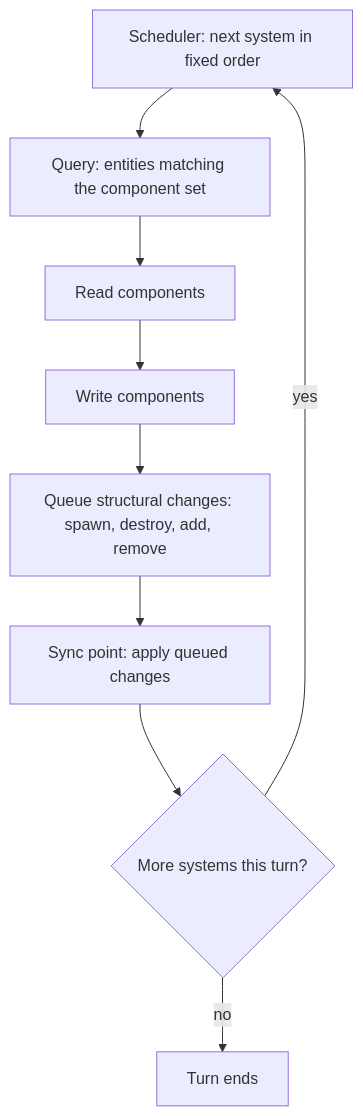
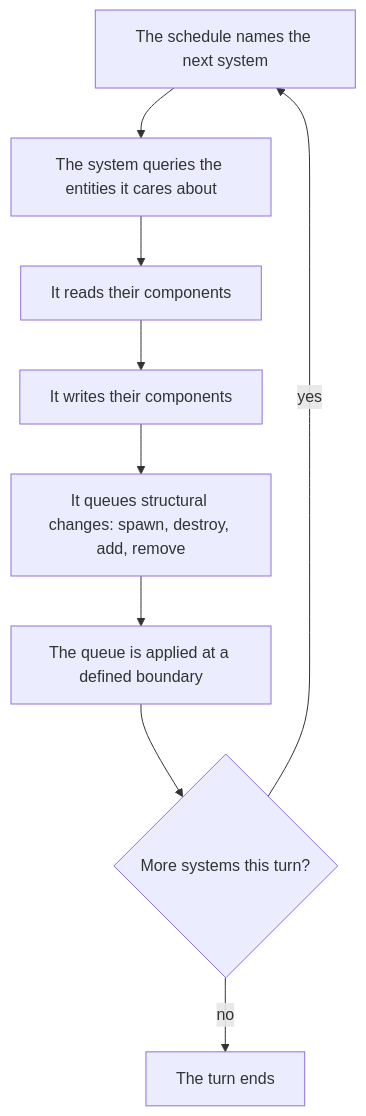
The second of 2 diagrams in docs/01-architecture.md (Cyclone1070/cdda-rs), drawn with Mermaid before and after one commit. The commit also changed other lines of this file and 10 other files, not shown here.

````diff
--- a/docs/01-architecture.md
+++ b/docs/01-architecture.md
@@ -163,11 +260,11 @@
 ```mermaid
 graph TD
-  A["Scheduler: next system in fixed order"] --> B["Query: entities matching the component set"]
-  B --> C["Read components"]
-  C --> D["Write components"]
-  D --> E["Queue structural changes: spawn, destroy, add, remove"]
-  E --> F["Sync point: apply queued changes"]
+  A["The schedule names the next system"] --> B["The system queries the entities it cares about"]
+  B --> C["It reads their components"]
+  C --> D["It writes their components"]
+  D --> E["It queues structural changes: spawn, destroy, add, remove"]
+  E --> F["The queue is applied at a defined boundary"]
   F --> G{"More systems this turn?"}
   G -->|yes| A
-  G -->|no| H["Turn ends"]
+  G -->|no| H["The turn ends"]
 ```
````
